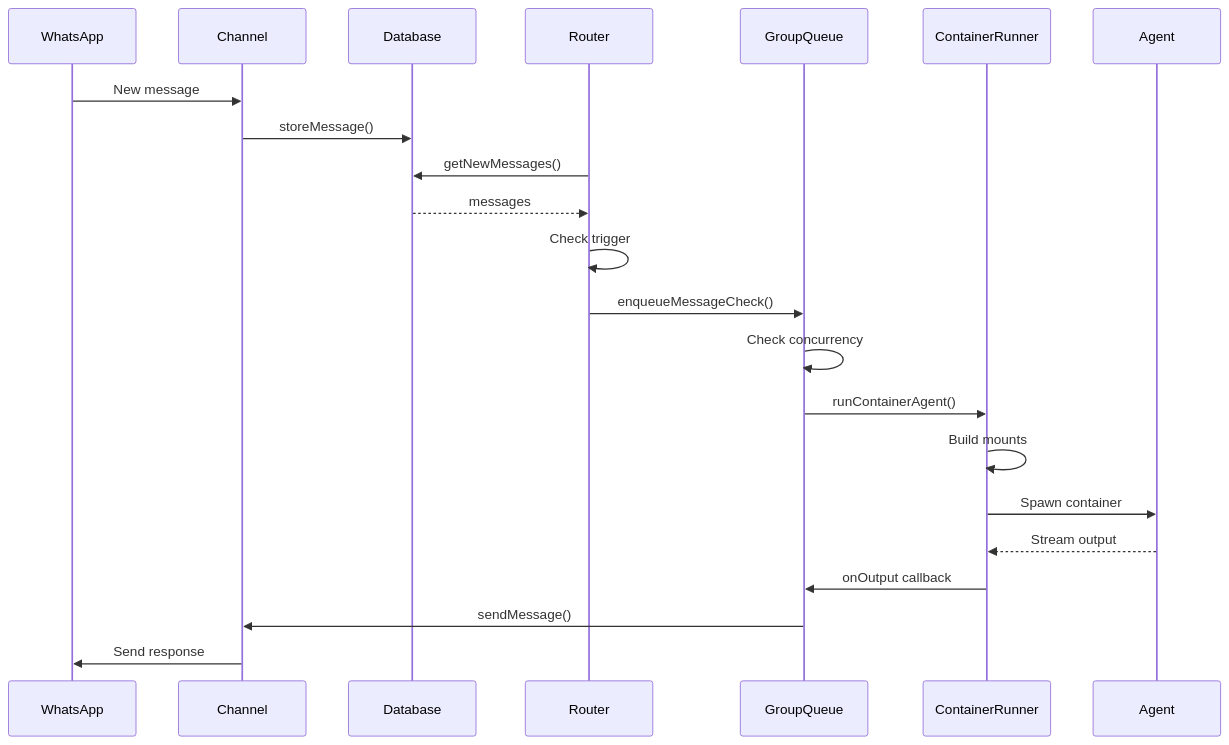
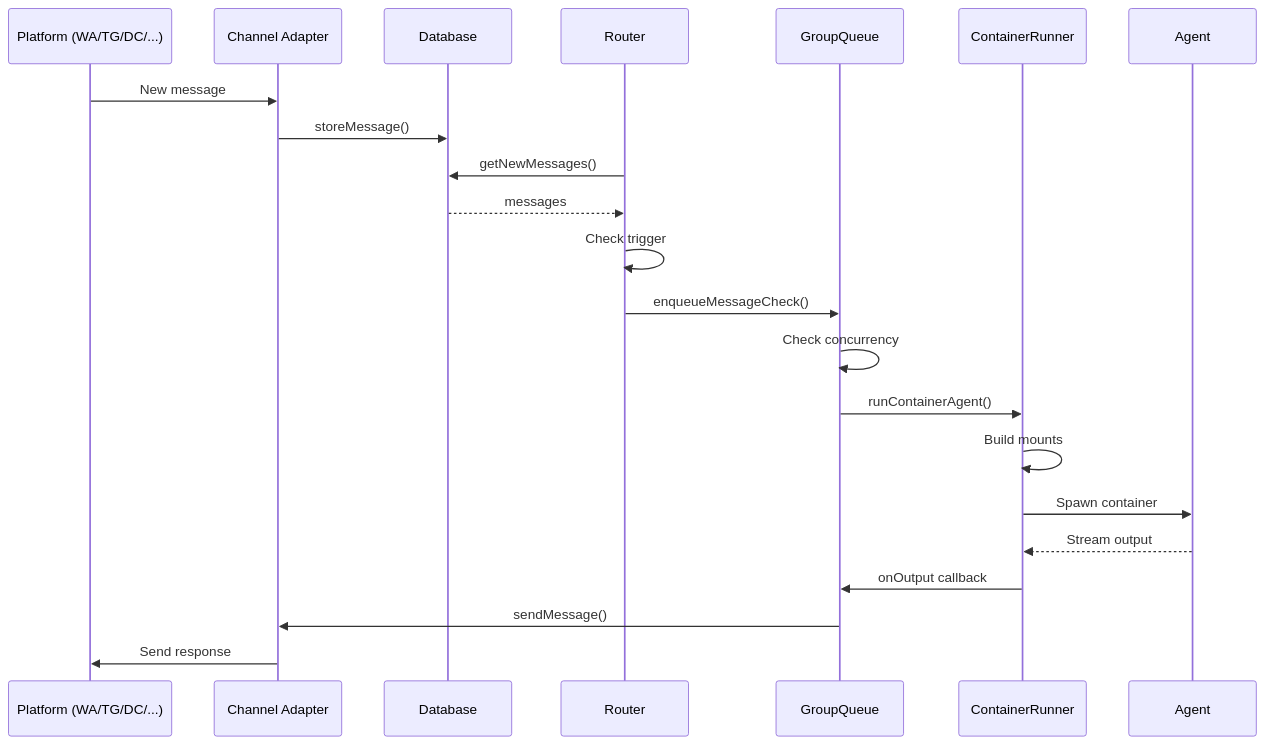
The second of 3 diagrams in concepts/architecture.mdx (glifocat/nanoclaw-docs), drawn with Mermaid before and after one commit. The commit also changed other lines of this file and 4 other files, not shown here.

````diff
--- a/concepts/architecture.mdx
+++ b/concepts/architecture.mdx
@@ -149,25 +161,25 @@
 ```mermaid
 sequenceDiagram
-    participant WA as WhatsApp
-    participant CH as Channel
+    participant PL as Platform (WA/TG/DC/...)
+    participant CH as Channel Adapter
     participant DB as Database
     participant RT as Router
     participant GQ as GroupQueue
     participant CR as ContainerRunner
     participant AG as Agent
-    
-    WA->>CH: New message
+
+    PL->>CH: New message
     CH->>DB: storeMessage()
     RT->>DB: getNewMessages()
     DB-->>RT: messages
     RT->>RT: Check trigger
     RT->>GQ: enqueueMessageCheck()
     GQ->>GQ: Check concurrency
     GQ->>CR: runContainerAgent()
     CR->>CR: Build mounts
     CR->>AG: Spawn container
     AG-->>CR: Stream output
     CR->>GQ: onOutput callback
     GQ->>CH: sendMessage()
-    CH->>WA: Send response
+    CH->>PL: Send response
 ```
````
